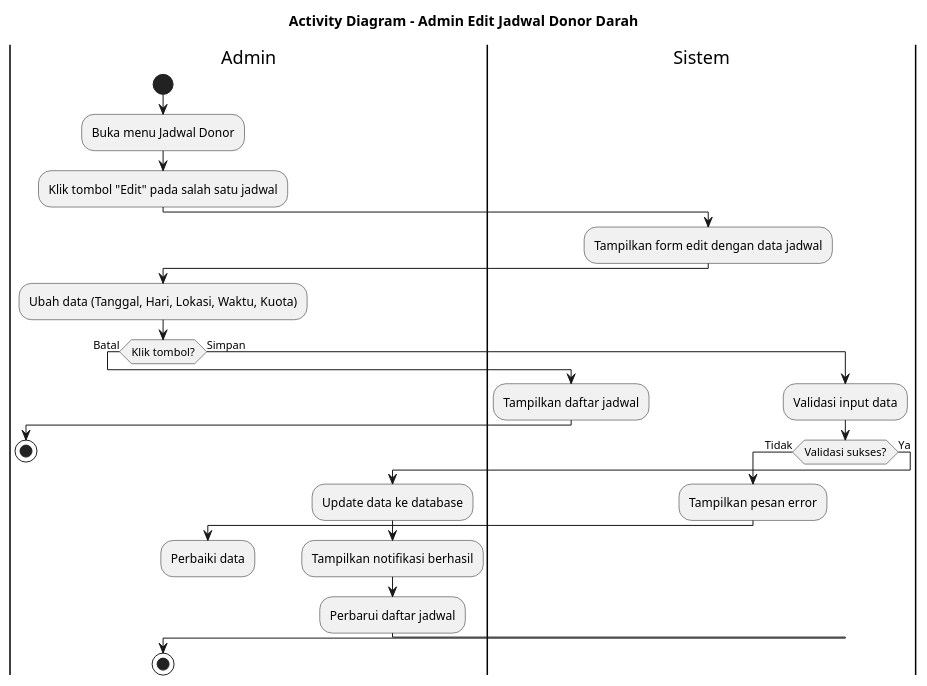
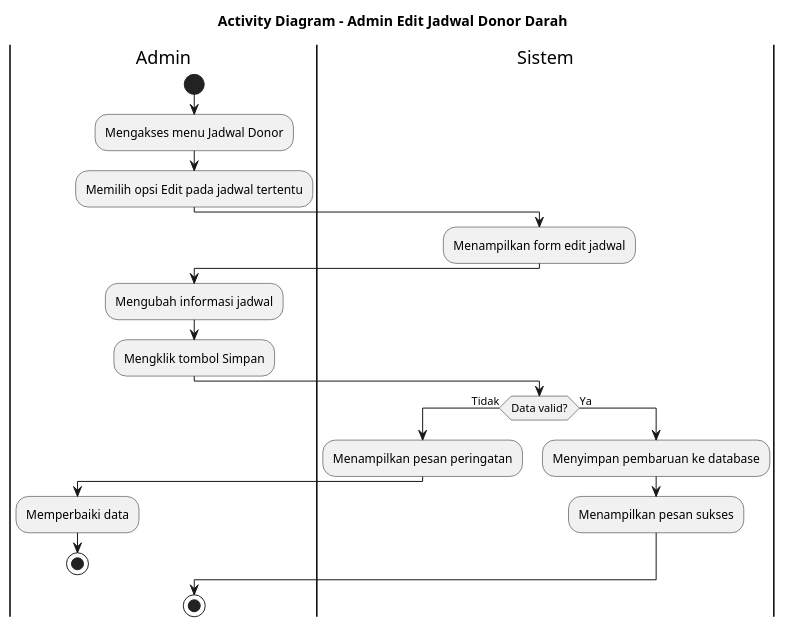
One commit to jaddu17/capstonepmikp changed the diagram in diagram/adminkelolajadwal/activitydiagram_admin_editjadwal.puml. Above: the diagram before and after it, drawn with PlantUML. The commit also changed 11 other files, not shown here.

```diff
--- a/diagram/adminkelolajadwal/activitydiagram_admin_editjadwal.puml
+++ b/diagram/adminkelolajadwal/activitydiagram_admin_editjadwal.puml
@@ -1,38 +1,31 @@
 @startuml ACTIVITY_DIAGRAM_ADMIN_EDITJADWAL
 title Activity Diagram - Admin Edit Jadwal Donor Darah
 
 |Admin|
 start
-:Buka menu Jadwal Donor;
-:Klik tombol "Edit" pada salah satu jadwal;
+:Mengakses menu Jadwal Donor;
+:Memilih opsi Edit pada jadwal tertentu;
 
 |Sistem|
-:Tampilkan form edit dengan data jadwal;
+:Menampilkan form edit jadwal;
 
 |Admin|
-:Ubah data (Tanggal, Hari, Lokasi, Waktu, Kuota);
+:Mengubah informasi jadwal;
+:Mengklik tombol Simpan;
 
-if (Klik tombol?) then (Batal)
+|Sistem|
+if (Data valid?) then (Tidak)
+  :Menampilkan pesan peringatan;
+  |Admin|
+  :Memperbaiki data;
+  stop
+else (Ya)
   |Sistem|
-  :Tampilkan daftar jadwal;
-  |Admin|
-  stop
-else (Simpan)
-  |Sistem|
-  :Validasi input data;
-  if (Validasi sukses?) then (Tidak)
-    :Tampilkan pesan error;
-    |Admin|
-    :Perbaiki data;
-    detach
-  else (Ya)
-    :Update data ke database;
-    :Tampilkan notifikasi berhasil;
-    :Perbarui daftar jadwal;
-  endif
+  :Menyimpan pembaruan ke database;
+  :Menampilkan pesan sukses;
 endif
 
 |Admin|
 stop
 
-@enduml
+@enduml           
```
